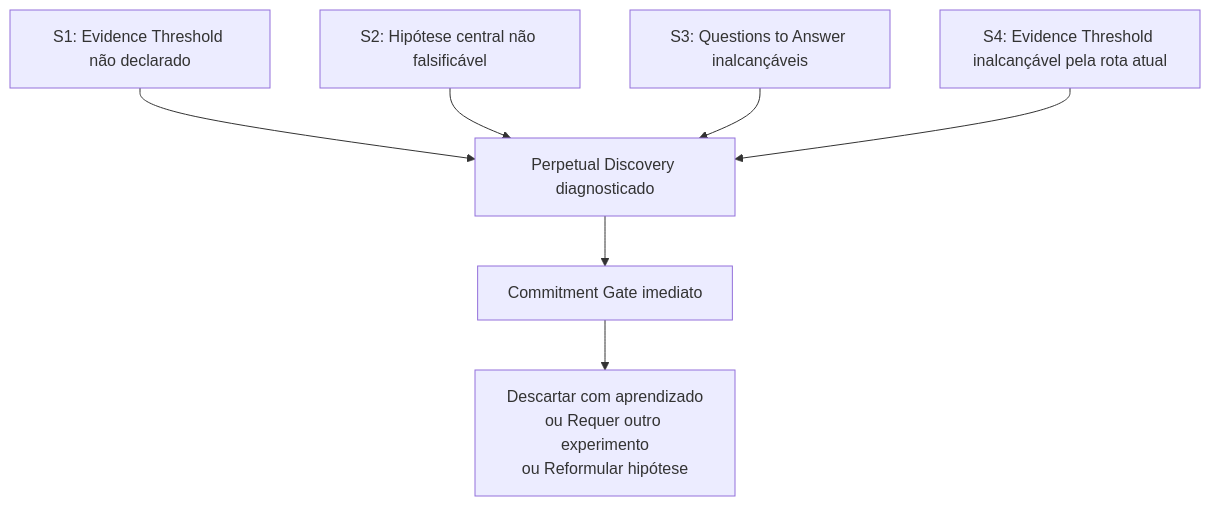
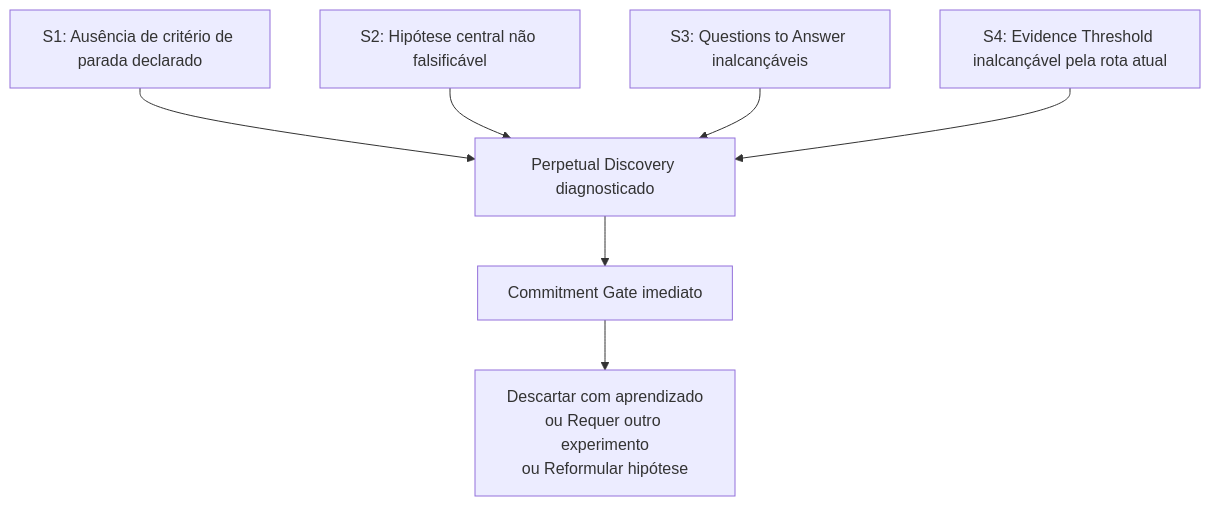
Before and after one commit to produtoreativo/from-intent-to-outcome: the second of 3 diagrams in capitulo-05.md, drawn with Mermaid. The commit also changed other lines of this file and 2 other files, not shown here.

````diff
--- a/capitulo-05.md
+++ b/capitulo-05.md
@@ -99,13 +99,13 @@
 ```mermaid
 graph TD
-    S1["S1: Evidence Threshold não declarado"]
+    S1["S1: Ausência de critério de parada declarado"]
     S2["S2: Hipótese central não falsificável"]
     S3["S3: Questions to Answer inalcançáveis"]
     S4["S4: Evidence Threshold inalcançável pela rota atual"]
     S1 --> PD["Perpetual Discovery diagnosticado"]
     S2 --> PD
     S3 --> PD
     S4 --> PD
     PD --> CG["Commitment Gate imediato"]
     CG --> D["Descartar com aprendizado\nou Requer outro experimento\nou Reformular hipótese"]
 ```
````
